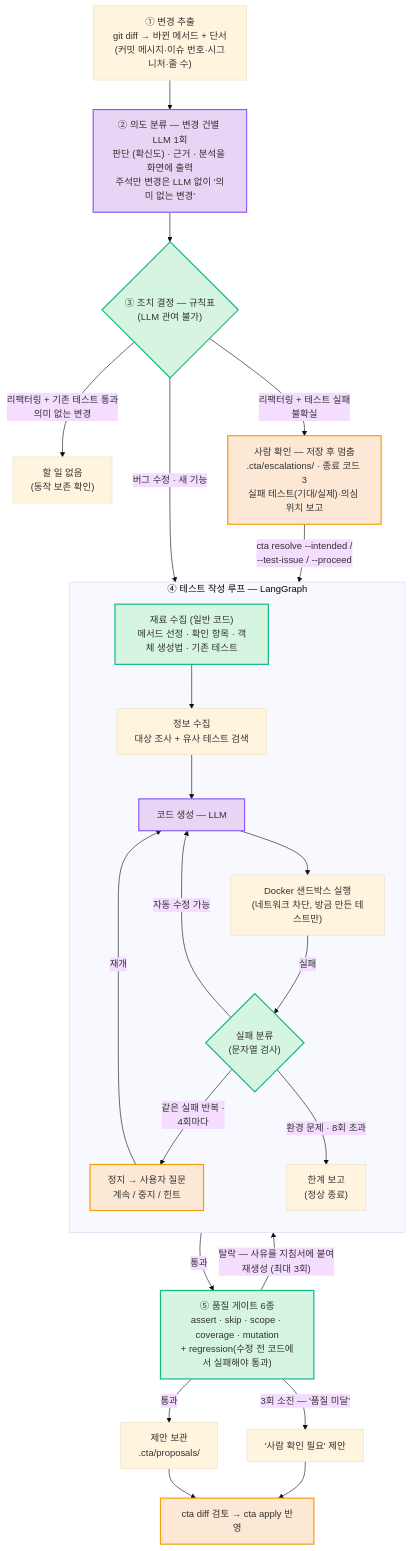
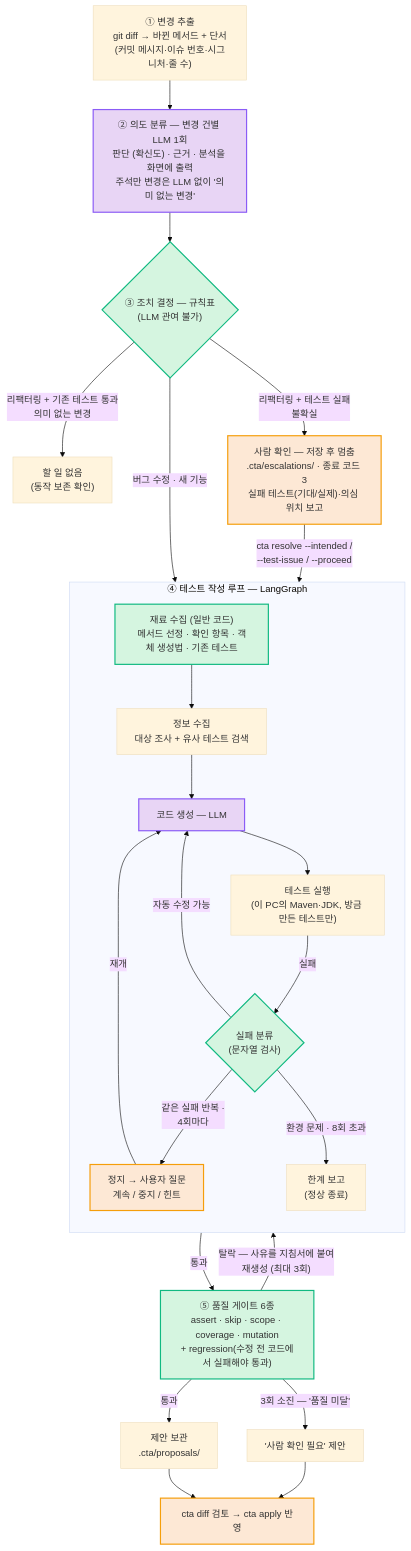
The diagram in docs/제출자료/diagrams/workflow.mmd (parksanghyeop/skax-master-project), drawn with Mermaid (base theme) before and after one commit. The commit also changed 21 other files, not shown here.

First line of the commit message:
산출물·E2E 기록 — 로컬 실행 기본 반영, 최종보고에 스킬 절 추가, 다이어그램 7종 재렌더

```diff
--- a/docs/제출자료/diagrams/workflow.mmd
+++ b/docs/제출자료/diagrams/workflow.mmd
@@ -1,33 +1,33 @@
 flowchart TD
     A["① 변경 추출<br/>git diff → 바뀐 메서드 + 단서<br/>(커밋 메시지·이슈 번호·시그니처·줄 수)"] --> B["② 의도 분류 — 변경 건별 LLM 1회<br/>판단 (확신도) · 근거 · 분석을 화면에 출력<br/>주석만 변경은 LLM 없이 '의미 없는 변경'"]
     B --> C{"③ 조치 결정 — 규칙표<br/>(LLM 관여 불가)"}
     C -->|"버그 수정 · 새 기능"| W
     C -->|"리팩터링 + 기존 테스트 통과<br/>의미 없는 변경"| OK["할 일 없음<br/>(동작 보존 확인)"]
     C -->|"리팩터링 + 테스트 실패<br/>불확실"| HU["사람 확인 — 저장 후 멈춤<br/>.cta/escalations/ · 종료 코드 3<br/>실패 테스트(기대/실제)·의심 위치 보고"]
     HU -->|"cta resolve --intended /<br/>--test-issue / --proceed"| W
 
     subgraph W["④ 테스트 작성 루프 — LangGraph"]
         direction TB
         W0["재료 수집 (일반 코드)<br/>메서드 선정 · 확인 항목 · 객체 생성법 · 기존 테스트"] --> W1["정보 수집<br/>대상 조사 + 유사 테스트 검색"]
         W1 --> W2["코드 생성 — LLM"]
-        W2 --> W3["Docker 샌드박스 실행<br/>(네트워크 차단, 방금 만든 테스트만)"]
+        W2 --> W3["테스트 실행<br/>(이 PC의 Maven·JDK, 방금 만든 테스트만)"]
         W3 -->|"실패"| W4{"실패 분류<br/>(문자열 검사)"}
         W4 -->|"자동 수정 가능"| W2
         W4 -->|"같은 실패 반복 ·<br/>4회마다"| W5["정지 → 사용자 질문<br/>계속 / 중지 / 힌트"]
         W5 -->|"재개"| W2
         W4 -->|"환경 문제 · 8회 초과"| W6["한계 보고<br/>(정상 종료)"]
     end
 
     W3 -->|"통과"| G["⑤ 품질 게이트 6종<br/>assert · skip · scope · coverage · mutation<br/>+ regression(수정 전 코드에서 실패해야 통과)"]
     G -->|"탈락 — 사유를 지침서에 붙여<br/>재생성 (최대 3회)"| W2
     G -->|"통과"| P["제안 보관<br/>.cta/proposals/"]
     G -->|"3회 소진 — '품질 미달'"| P2["'사람 확인 필요' 제안"]
     P --> R["cta diff 검토 → cta apply 반영"]
     P2 --> R
 
     classDef llm fill:#e8d5f5,stroke:#8b5cf6,stroke-width:2px
     classDef human fill:#fde8d5,stroke:#f59e0b,stroke-width:2px
     classDef safe fill:#d5f5e0,stroke:#10b981,stroke-width:2px
     class B,W2 llm
     class HU,W5,R human
     class C,G,W4,W0 safe
```
